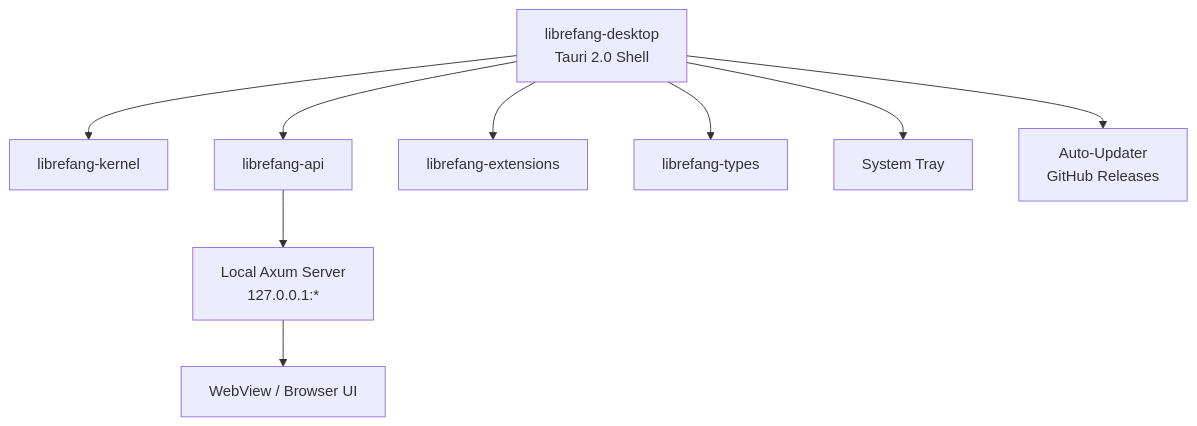
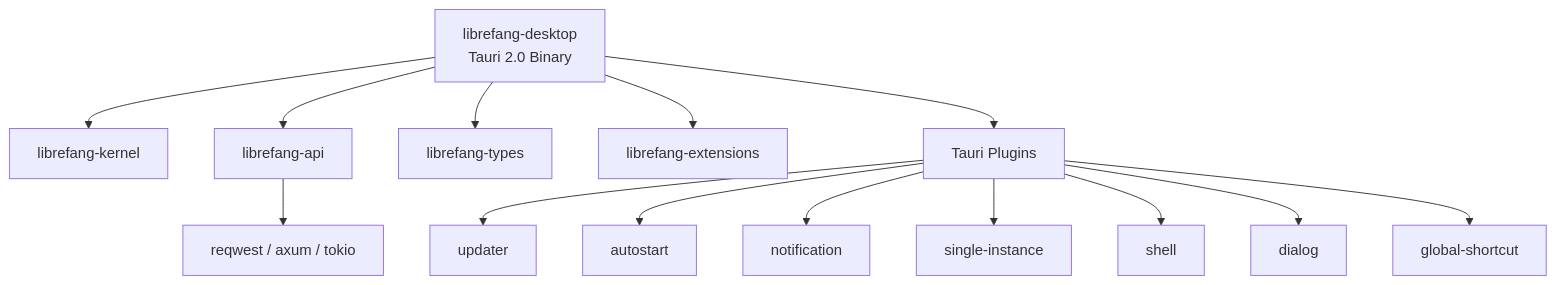
The diagram in other-librefang-desktop.md (leszek3737/librefang-WIki), drawn with Mermaid before and after one commit. The commit also changed other lines of this file and 118 other files, not shown here.

````diff
--- a/other-librefang-desktop.md
+++ b/other-librefang-desktop.md
@@ -11,11 +9,16 @@
 ```mermaid
 graph TD
-    A[librefang-desktop<br/>Tauri 2.0 Shell] --> B[librefang-kernel]
+    A[librefang-desktop<br/>Tauri 2.0 Binary] --> B[librefang-kernel]
     A --> C[librefang-api]
-    A --> D[librefang-extensions]
-    A --> E[librefang-types]
-    C --> F[Local Axum Server<br/>127.0.0.1:*]
-    F --> G[WebView / Browser UI]
-    A --> H[System Tray]
-    A --> I[Auto-Updater<br/>GitHub Releases]
+    A --> D[librefang-types]
+    A --> E[librefang-extensions]
+    C --> F[reqwest / axum / tokio]
+    A --> G[Tauri Plugins]
+    G --> G1[updater]
+    G --> G2[autostart]
+    G --> G3[notification]
+    G --> G4[single-instance]
+    G --> G5[shell]
+    G --> G6[dialog]
+    G --> G7[global-shortcut]
 ```
````
